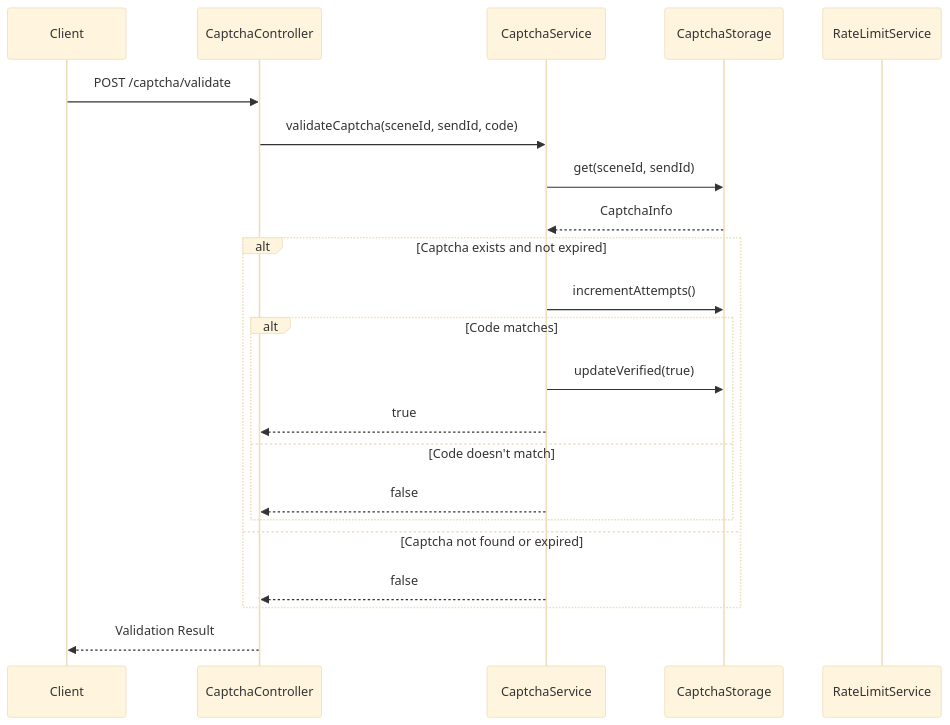
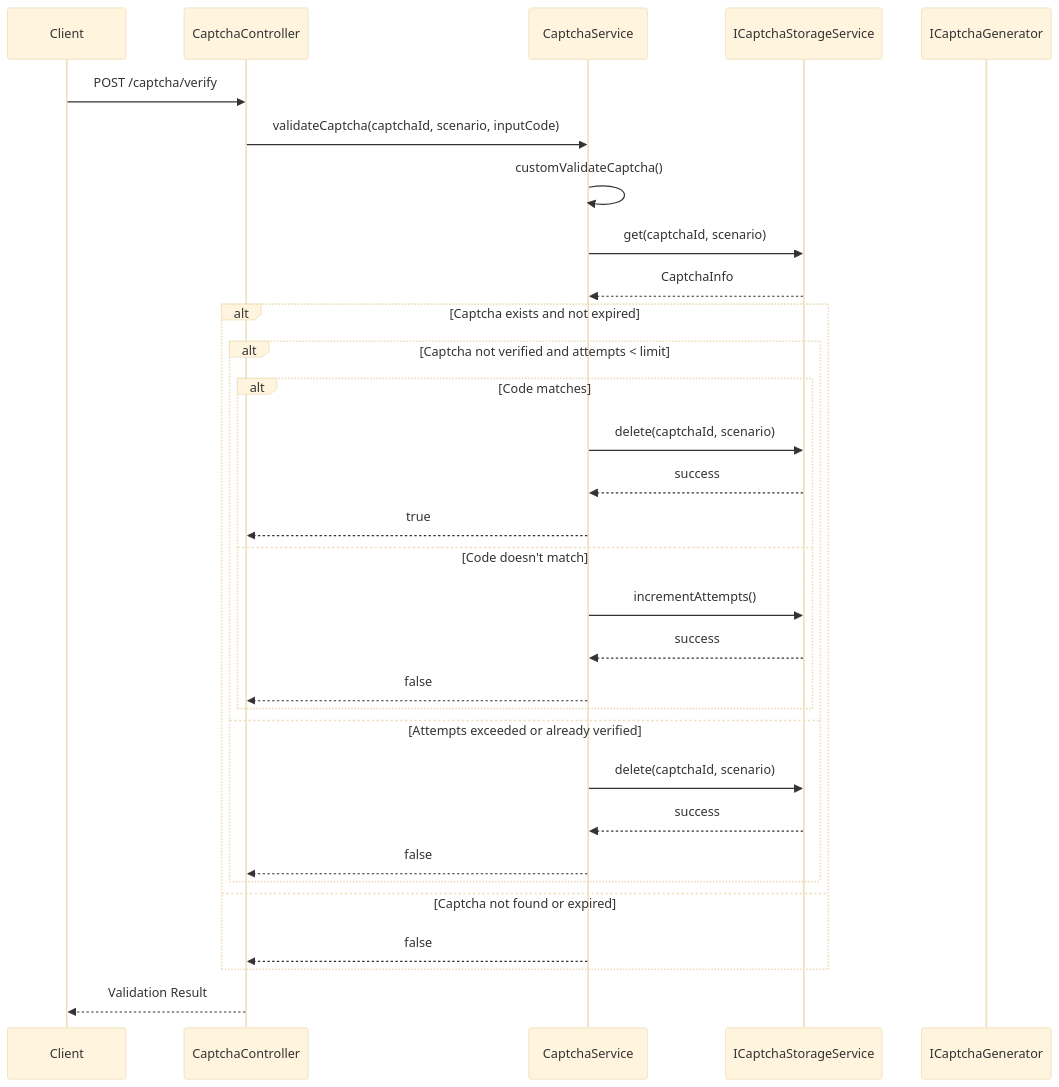
One commit to opensabre/base-sysadmin changed the fourth of 5 diagrams in CAPTCHA_MODULE_DESIGN.md. Above: the diagram before and after it, drawn with Mermaid (base theme). The commit also changed other lines of this file and 1 other file, not shown here.

Commit message:
Update captcha module design documentation with latest architecture

````diff
--- a/CAPTCHA_MODULE_DESIGN.md
+++ b/CAPTCHA_MODULE_DESIGN.md
@@ -182,29 +246,38 @@
 ```mermaid
 sequenceDiagram
     participant Client
     participant CaptchaController
     participant CaptchaService
-    participant CaptchaStorage
-    participant RateLimitService
+    participant ICaptchaStorageService
+    participant ICaptchaGenerator
     
-    Client->>CaptchaController: POST /captcha/validate
-    CaptchaController->>CaptchaService: validateCaptcha(sceneId, sendId, code)
+    Client->>CaptchaController: POST /captcha/verify
+    CaptchaController->>CaptchaService: validateCaptcha(captchaId, scenario, inputCode)
     
-    CaptchaService->>CaptchaStorage: get(sceneId, sendId)
-    CaptchaStorage-->>CaptchaService: CaptchaInfo
+    CaptchaService->>CaptchaService: customValidateCaptcha()
+    
+    CaptchaService->>ICaptchaStorageService: get(captchaId, scenario)
+    ICaptchaStorageService-->>CaptchaService: CaptchaInfo
     
     alt Captcha exists and not expired
-        CaptchaService->>CaptchaStorage: incrementAttempts()
-        
-        alt Code matches
-            CaptchaService->>CaptchaStorage: updateVerified(true)
-            CaptchaService-->>CaptchaController: true
-        else Code doesn't match
+        alt Captcha not verified and attempts < limit
+            alt Code matches
+                CaptchaService->>ICaptchaStorageService: delete(captchaId, scenario)
+                ICaptchaStorageService-->>CaptchaService: success
+                CaptchaService-->>CaptchaController: true
+            else Code doesn't match
+                CaptchaService->>ICaptchaStorageService: incrementAttempts()
+                ICaptchaStorageService-->>CaptchaService: success
+                CaptchaService-->>CaptchaController: false
+            end
+        else Attempts exceeded or already verified
+            CaptchaService->>ICaptchaStorageService: delete(captchaId, scenario)
+            ICaptchaStorageService-->>CaptchaService: success
             CaptchaService-->>CaptchaController: false
         end
     else Captcha not found or expired
         CaptchaService-->>CaptchaController: false
     end
     
     CaptchaController-->>Client: Validation Result
 ```
````
